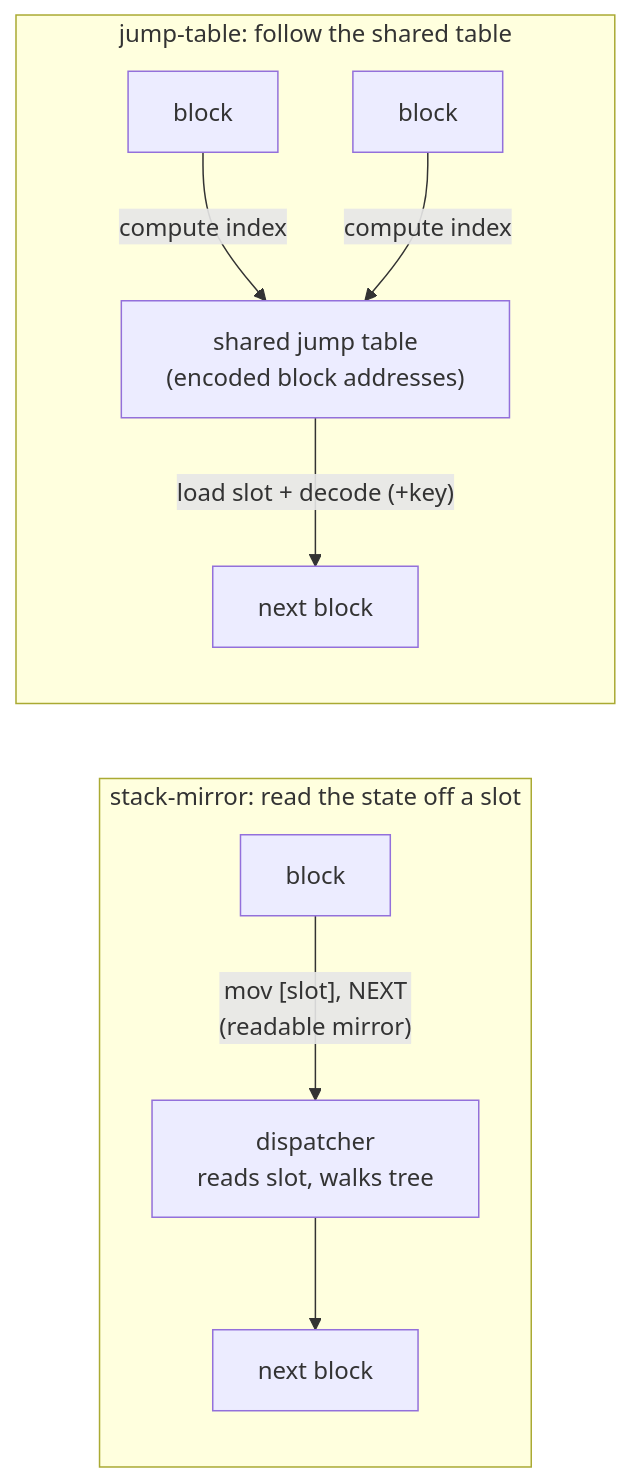
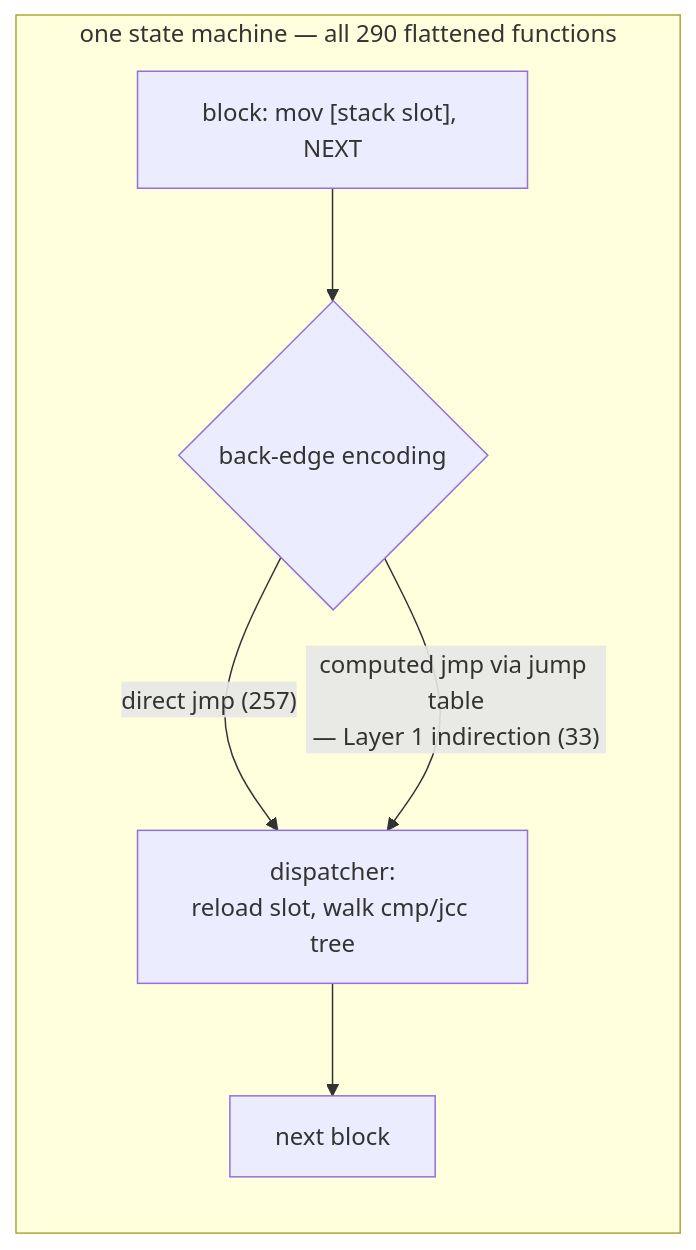
One commit to jgajek/cff-deobfuscator changed diagram 16 of 22 in docs/CFF-DEOBFUSCATOR.md. Above: the diagram before and after it, drawn with Mermaid. The commit also changed other lines of this file and 2 other files, not shown here.

````diff
--- a/docs/CFF-DEOBFUSCATOR.md
+++ b/docs/CFF-DEOBFUSCATOR.md
@@ -1296,14 +1370,10 @@
 ```mermaid
 flowchart LR
-    subgraph SM["stack-mirror: read the state off a slot"]
+    subgraph U["one state machine — all 290 flattened functions"]
       direction TB
-      b1["block"] -->|"mov [slot], NEXT<br/>(readable mirror)"| d1["dispatcher<br/>reads slot, walks tree"]
-      d1 --> n1["next block"]
-    end
-    subgraph JT["jump-table: follow the shared table"]
-      direction TB
-      b2["block"] -->|"compute index"| g["shared jump table<br/>(encoded block addresses)"]
-      b3["block"] -->|"compute index"| g
-      g -->|"load slot + decode (+key)"| n2["next block"]
+      blk["block: mov [stack slot], NEXT"] --> tail{"back-edge encoding"}
+      tail -->|"direct jmp (257)"| disp["dispatcher:<br/>reload slot, walk cmp/jcc tree"]
+      tail -->|"computed jmp via jump table<br/>— Layer 1 indirection (33)"| disp
+      disp --> nxt["next block"]
     end
 ```
````
